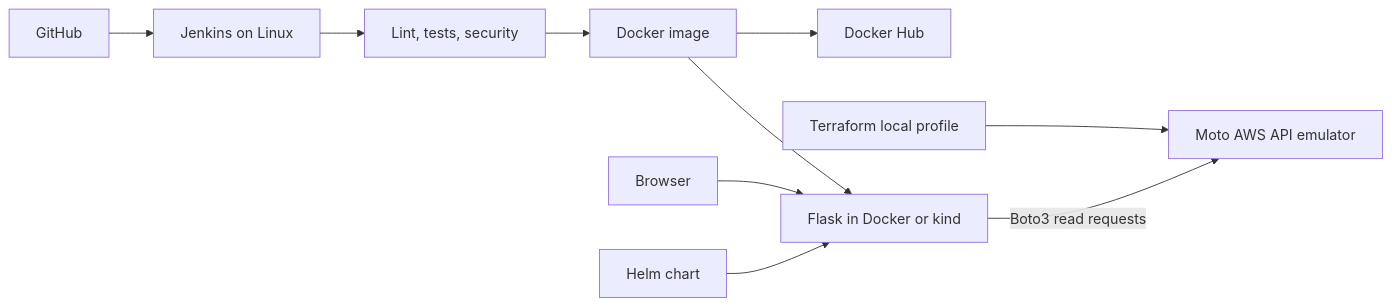
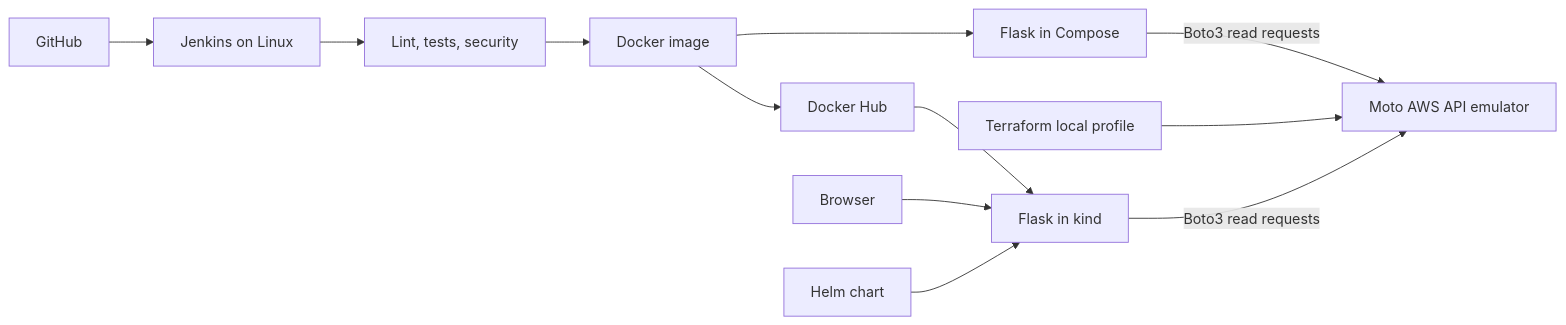
The diagram in docs/architecture.md (DrorAlpern/devops-final-exam), drawn with Mermaid before and after one commit. The commit also changed other lines of this file and 61 other files, not shown here.

````diff
--- a/docs/architecture.md
+++ b/docs/architecture.md
@@ -3,12 +3,14 @@
 ```mermaid
 flowchart LR
     git[GitHub] --> ci[Jenkins on Linux]
     ci --> checks[Lint, tests, security]
     checks --> image[Docker image]
     image --> hub[Docker Hub]
-    image --> app[Flask in Docker or kind]
+    hub --> app[Flask in kind]
+    image --> compose[Flask in Compose]
+    compose -->|Boto3 read requests| moto
     tf[Terraform local profile] --> moto[Moto AWS API emulator]
     app -->|Boto3 read requests| moto
     browser[Browser] --> app
     helm[Helm chart] --> app
 ```
````
